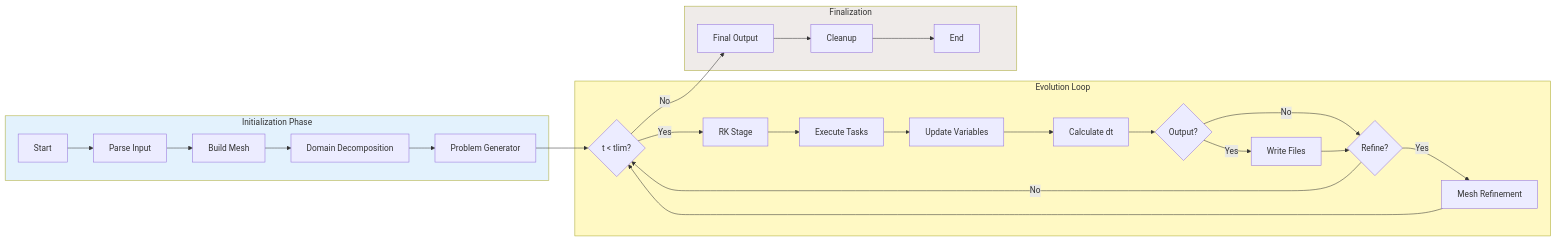
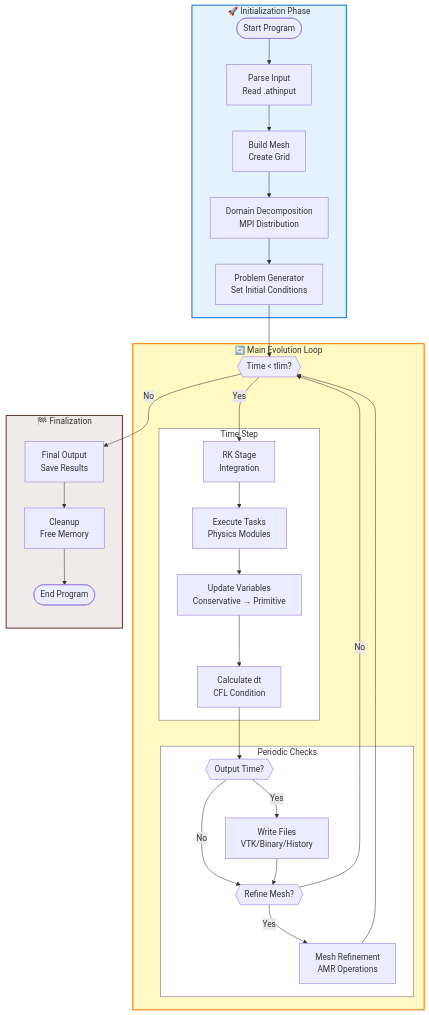
Before and after one commit to dfielding14/athenak: the second of 7 diagrams in docs/source/flowcharts/system_architecture.md, drawn with Mermaid. The commit also changed other lines of this file, not shown here.

First line of the commit message:
Fix flowchart vertical layout for better legibility

````diff
--- a/docs/source/flowcharts/system_architecture.md
+++ b/docs/source/flowcharts/system_architecture.md
@@ -141,40 +132,68 @@
 ```{mermaid}
-flowchart LR
-    subgraph Init["Initialization Phase"]
-        START[Start] --> PARSE[Parse Input]
-        PARSE --> BUILD[Build Mesh]
-        BUILD --> DECOMP[Domain Decomposition]
-        DECOMP --> PGEN_INIT[Problem Generator]
+flowchart TD
+    subgraph Init["🚀 Initialization Phase"]
+        START([Start Program])
+        PARSE[Parse Input<br/>Read .athinput]
+        BUILD[Build Mesh<br/>Create Grid]
+        DECOMP[Domain Decomposition<br/>MPI Distribution]
+        PGEN_INIT[Problem Generator<br/>Set Initial Conditions]
+        
+        START --> PARSE
+        PARSE --> BUILD
+        BUILD --> DECOMP
+        DECOMP --> PGEN_INIT
     end
 
-    subgraph Evolution["Evolution Loop"]
-        PGEN_INIT --> LOOP{t < tlim?}
-        LOOP -->|Yes| STAGE[RK Stage]
-        STAGE --> TASKS_EXEC[Execute Tasks]
-        TASKS_EXEC --> UPDATE[Update Variables]
-        UPDATE --> NEWDT[Calculate dt]
-        NEWDT --> OUTPUT_CHECK{Output?}
-        OUTPUT_CHECK -->|Yes| WRITE[Write Files]
-        OUTPUT_CHECK -->|No| AMR_CHECK{Refine?}
+    subgraph Evolution["🔄 Main Evolution Loop"]
+        LOOP{{"Time < tlim?"}}
+        
+        subgraph TimeStep["Time Step"]
+            STAGE[RK Stage<br/>Integration]
+            TASKS_EXEC[Execute Tasks<br/>Physics Modules]
+            UPDATE[Update Variables<br/>Conservative → Primitive]
+            NEWDT[Calculate dt<br/>CFL Condition]
+        end
+        
+        subgraph Checks["Periodic Checks"]
+            OUTPUT_CHECK{{"Output Time?"}}
+            WRITE[Write Files<br/>VTK/Binary/History]
+            AMR_CHECK{{"Refine Mesh?"}}
+            REFINE[Mesh Refinement<br/>AMR Operations]
+        end
+        
+        PGEN_INIT --> LOOP
+        LOOP -->|Yes| STAGE
+        STAGE --> TASKS_EXEC
+        TASKS_EXEC --> UPDATE
+        UPDATE --> NEWDT
+        NEWDT --> OUTPUT_CHECK
+        OUTPUT_CHECK -->|Yes| WRITE
+        OUTPUT_CHECK -->|No| AMR_CHECK
         WRITE --> AMR_CHECK
-        AMR_CHECK -->|Yes| REFINE[Mesh Refinement]
+        AMR_CHECK -->|Yes| REFINE
         AMR_CHECK -->|No| LOOP
         REFINE --> LOOP
     end
 
-    subgraph Finalize["Finalization"]
-        LOOP -->|No| FINAL_OUT[Final Output]
-        FINAL_OUT --> CLEANUP[Cleanup]
-        CLEANUP --> END[End]
+    subgraph Finalize["🏁 Finalization"]
+        FINAL_OUT[Final Output<br/>Save Results]
+        CLEANUP[Cleanup<br/>Free Memory]
+        END([End Program])
+        
+        LOOP -->|No| FINAL_OUT
+        FINAL_OUT --> CLEANUP
+        CLEANUP --> END
     end
 
-    style Init fill:#e3f2fd
-    style Evolution fill:#fff9c4
-    style Finalize fill:#efebe9
+    style Init fill:#e3f2fd,stroke:#1976d2,stroke-width:2px
+    style Evolution fill:#fff9c4,stroke:#f57c00,stroke-width:2px
+    style TimeStep fill:#ffffff,stroke:#666,stroke-width:1px
+    style Checks fill:#ffffff,stroke:#666,stroke-width:1px
+    style Finalize fill:#efebe9,stroke:#5d4037,stroke-width:2px
     
     click BUILD "../modules/mesh.html" "Go to Mesh Module"
     click PGEN_INIT "../modules/pgen.html" "Go to Problem Generators"
     click TASKS_EXEC "../modules/tasklist.html" "Go to TaskList Module"
     click WRITE "../modules/outputs.html" "Go to Outputs Module"
     click REFINE "../modules/mesh.html" "Go to Mesh Module"
 ```
````
